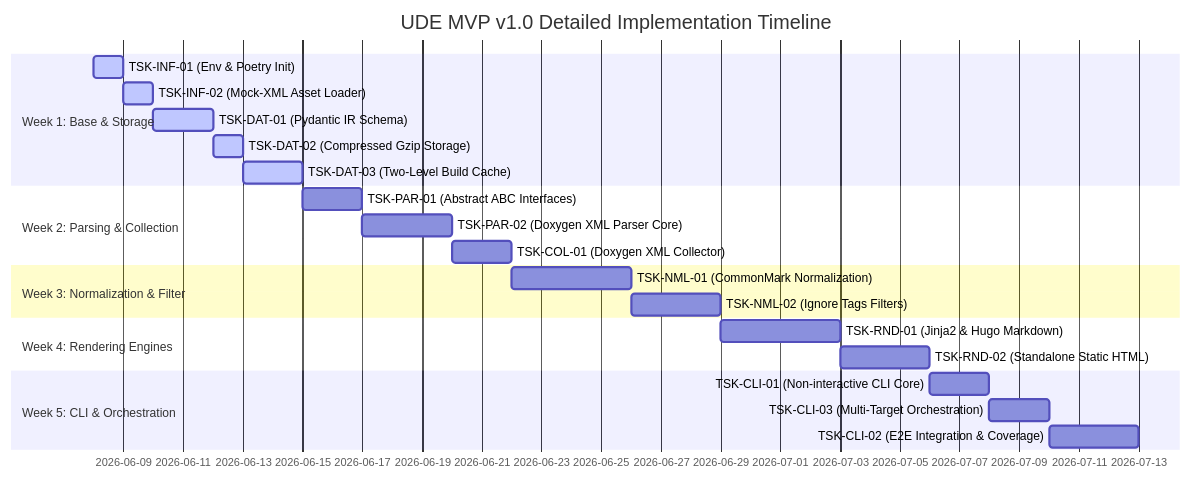
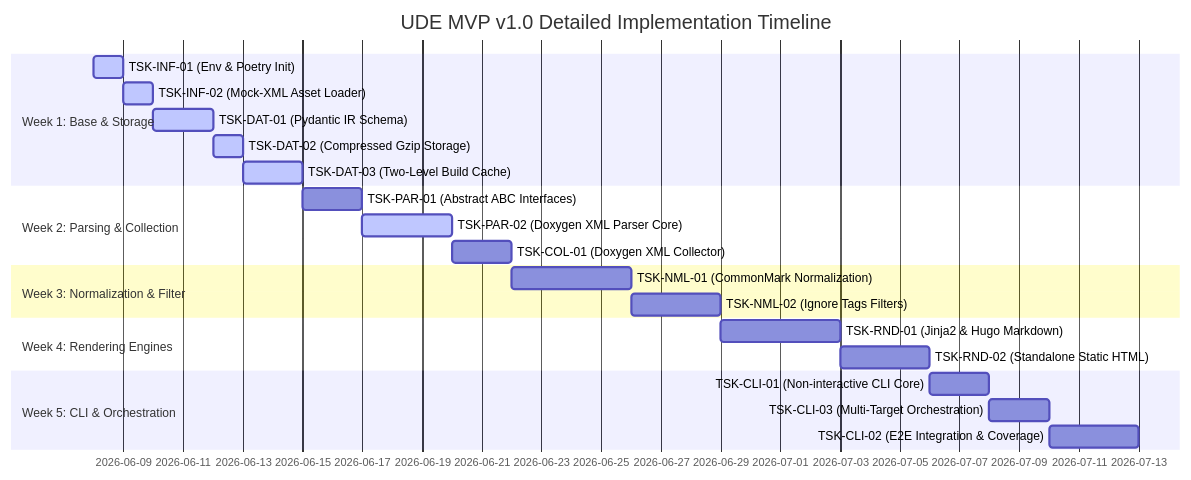
One commit to Sir-Derryk/Pipeline changed the diagram in .antigravitycli/active_plan.md. Above: the diagram before and after it, drawn with Mermaid. The commit also changed other lines of this file and 1 other file, not shown here.

Commit message:
chore: update active plan, context and submodules for TSK-PAR-02

````diff
--- a/.antigravitycli/active_plan.md
+++ b/.antigravitycli/active_plan.md
@@ -14,25 +14,25 @@
 ```mermaid
 gantt
     title UDE MVP v1.0 Detailed Implementation Timeline
     dateFormat  YYYY-MM-DD
     section Week 1: Base & Storage
     TSK-INF-01 (Env & Poetry Init)       :active, t1, 2026-06-08, 1d
     TSK-INF-02 (Mock-XML Asset Loader)   :active, t2, after t1, 1d
     TSK-DAT-01 (Pydantic IR Schema)      :active, t3, after t2, 2d
     TSK-DAT-02 (Compressed Gzip Storage) :active, t4, after t3, 1d
     TSK-DAT-03 (Two-Level Build Cache)   :active, t5, after t4, 2d
     section Week 2: Parsing & Collection
     TSK-PAR-01 (Abstract ABC Interfaces) :t6, after t5, 2d
-    TSK-PAR-02 (Doxygen XML Parser Core) :t7, after t6, 3d
+    TSK-PAR-02 (Doxygen XML Parser Core) :active, t7, after t6, 3d
     TSK-COL-01 (Doxygen XML Collector)   :t8, after t7, 2d
     section Week 3: Normalization & Filter
     TSK-NML-01 (CommonMark Normalization):t9, after t8, 4d
     TSK-NML-02 (Ignore Tags Filters)     :t10, after t9, 3d
     section Week 4: Rendering Engines
     TSK-RND-01 (Jinja2 & Hugo Markdown)  :t11, after t10, 4d
     TSK-RND-02 (Standalone Static HTML)  :t12, after t11, 3d
     section Week 5: CLI & Orchestration
     TSK-CLI-01 (Non-interactive CLI Core):t13, after t12, 2d
     TSK-CLI-03 (Multi-Target Orchestration):t14, after t13, 2d
     TSK-CLI-02 (E2E Integration & Coverage):t15, after t14, 3d
 ```
````
